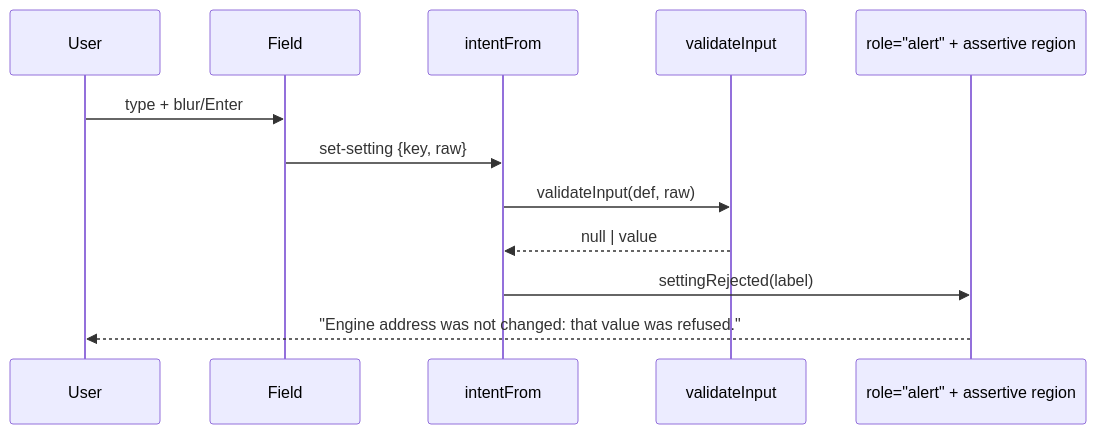
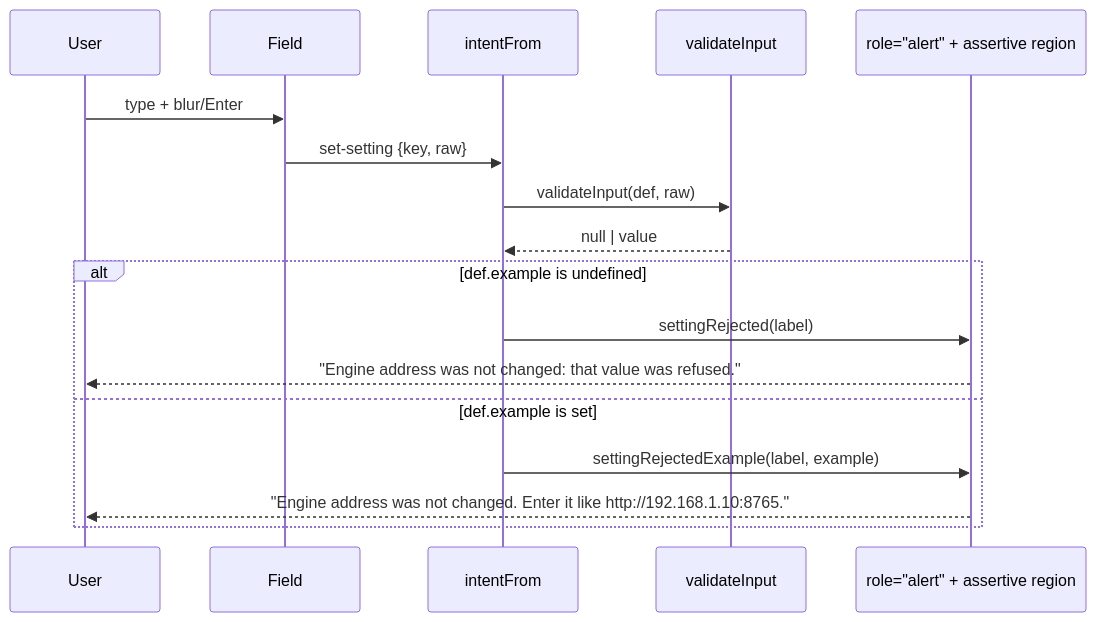
One commit to MervinPraison/PraisonAIDocs changed the fourth of 4 diagrams in docs/features/mobile/settings-screen.mdx. Above: the diagram before and after it, drawn with Mermaid. The commit also changed other lines of this file and 1 other file, not shown here.

First line of the commit message:
docs(mobile): update Settings screen for canClear / appliesWhen / httpUrl (fixes #3886)

````diff
--- a/docs/features/mobile/settings-screen.mdx
+++ b/docs/features/mobile/settings-screen.mdx
@@ -126,15 +218,20 @@
 ```mermaid
 sequenceDiagram
     participant User
     participant Field
     participant intentFrom
     participant validateInput
     participant Alert as role="alert" + assertive region
 
     User->>Field: type + blur/Enter
     Field->>intentFrom: set-setting {key, raw}
     intentFrom->>validateInput: validateInput(def, raw)
     validateInput-->>intentFrom: null | value
-    intentFrom->>Alert: settingRejected(label)
-    Alert-->>User: "Engine address was not changed: that value was refused."
+    alt def.example is undefined
+        intentFrom->>Alert: settingRejected(label)
+        Alert-->>User: "Engine address was not changed: that value was refused."
+    else def.example is set
+        intentFrom->>Alert: settingRejectedExample(label, example)
+        Alert-->>User: "Engine address was not changed. Enter it like http://192.168.1.10:8765."
+    end
 ```
````
